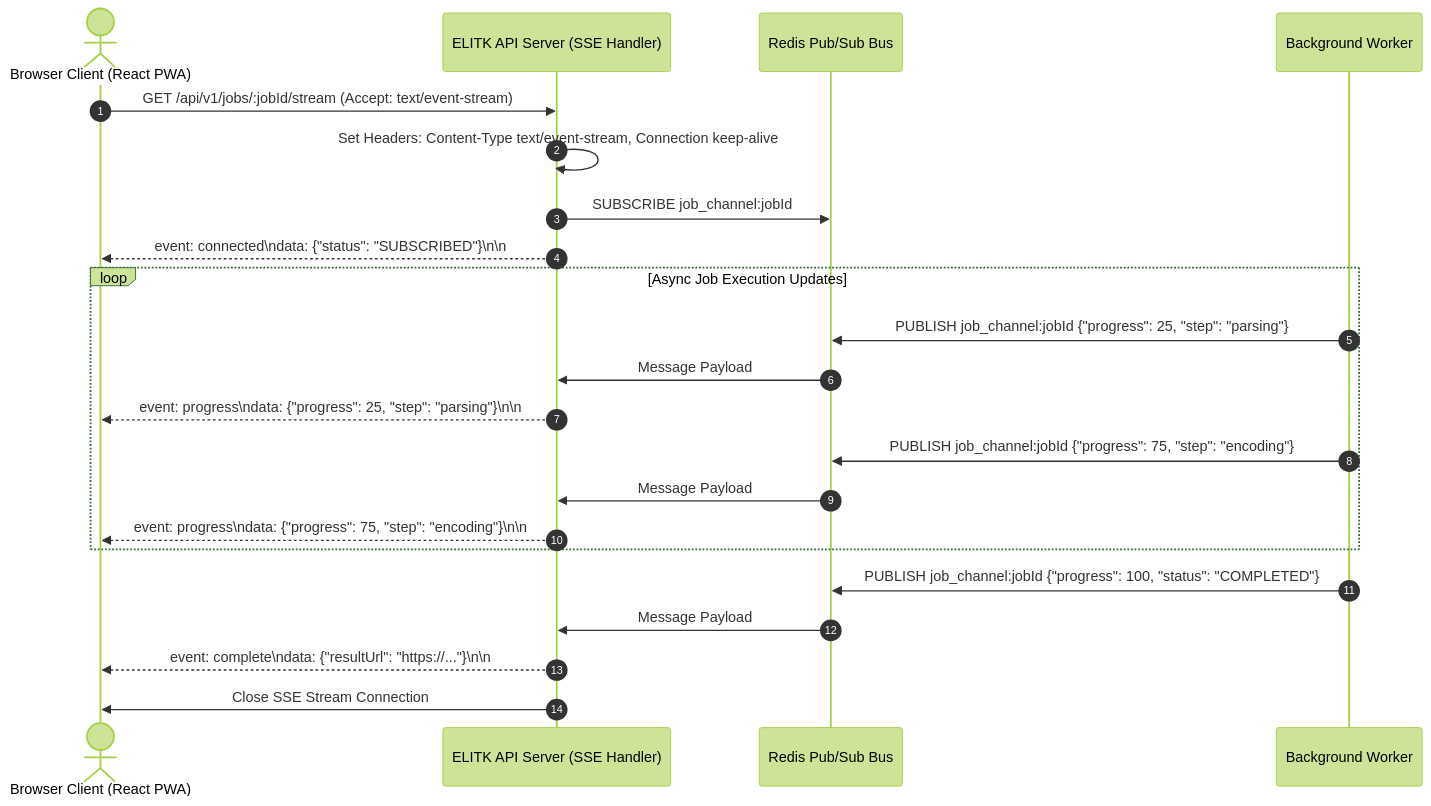
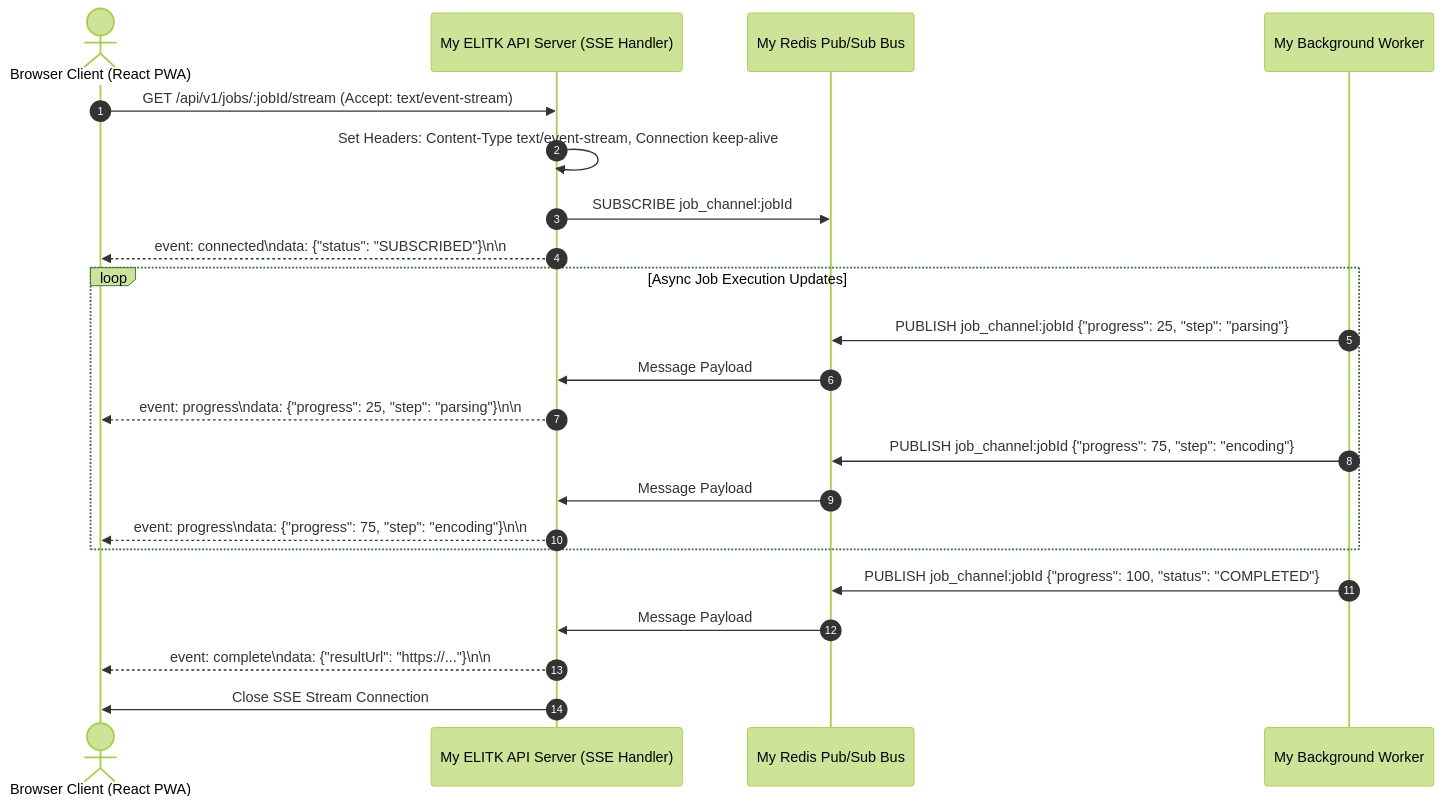
Before and after one commit to mohamedosamaai/mohamedosamaai: the second of 3 diagrams in .github/wiki/Data-Flow-and-Sequence.md, drawn with Mermaid (forest theme). The commit also changed other lines of this file and 12 other files, not shown here.

````diff
--- a/.github/wiki/Data-Flow-and-Sequence.md
+++ b/.github/wiki/Data-Flow-and-Sequence.md
@@ -46,28 +43,28 @@
 ```mermaid
 sequenceDiagram
     autonumber
     actor Client as Browser Client (React PWA)
-    participant API as ELITK API Server (SSE Handler)
-    participant Redis as Redis Pub/Sub Bus
-    participant Worker as Background Worker
+    participant API as My ELITK API Server (SSE Handler)
+    participant Redis as My Redis Pub/Sub Bus
+    participant Worker as My Background Worker
 
     Client->>API: GET /api/v1/jobs/:jobId/stream (Accept: text/event-stream)
     API->>API: Set Headers: Content-Type text/event-stream, Connection keep-alive
     API->>Redis: SUBSCRIBE job_channel:jobId
     API-->>Client: event: connected\ndata: {"status": "SUBSCRIBED"}\n\n
 
     loop Async Job Execution Updates
         Worker->>Redis: PUBLISH job_channel:jobId {"progress": 25, "step": "parsing"}
         Redis->>API: Message Payload
         API-->>Client: event: progress\ndata: {"progress": 25, "step": "parsing"}\n\n
         
         Worker->>Redis: PUBLISH job_channel:jobId {"progress": 75, "step": "encoding"}
         Redis->>API: Message Payload
         API-->>Client: event: progress\ndata: {"progress": 75, "step": "encoding"}\n\n
     end
 
     Worker->>Redis: PUBLISH job_channel:jobId {"progress": 100, "status": "COMPLETED"}
     Redis->>API: Message Payload
     API-->>Client: event: complete\ndata: {"resultUrl": "https://..."}\n\n
     API->>Client: Close SSE Stream Connection
 ```
````
